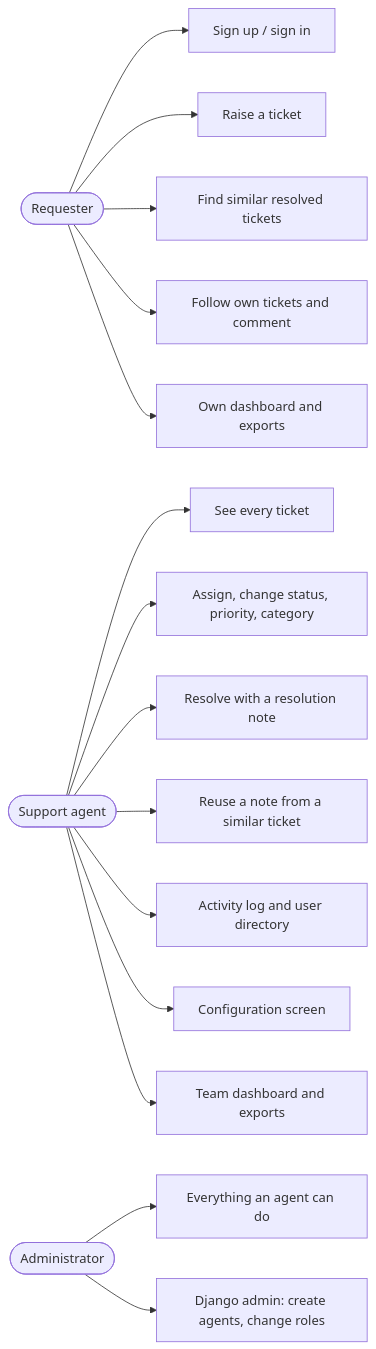
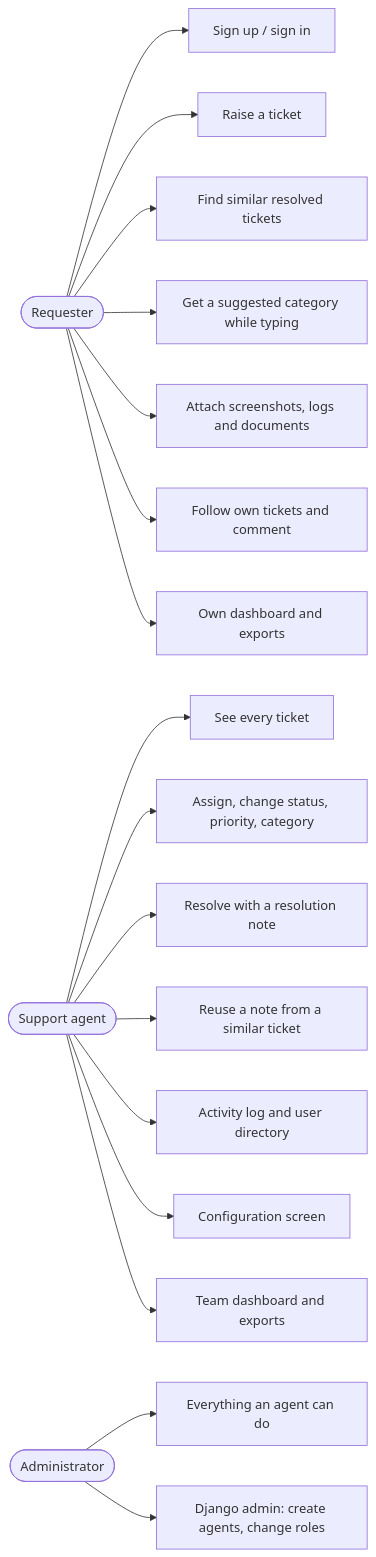
One commit to arunsanjeevms/Smart-Support-Desk changed the first of 13 diagrams in docs/WORKFLOWS.md. Above: the diagram before and after it, drawn with Mermaid. The commit also changed other lines of this file and 6 other files, not shown here.

````diff
--- a/docs/WORKFLOWS.md
+++ b/docs/WORKFLOWS.md
@@ -29,23 +29,25 @@
 ```mermaid
 flowchart LR
     R([Requester])
     A([Support agent])
     AD([Administrator])
 
     R --> R1[Sign up / sign in]
     R --> R2[Raise a ticket]
     R --> R3[Find similar resolved tickets]
+    R --> R6[Get a suggested category while typing]
+    R --> R7[Attach screenshots, logs and documents]
     R --> R4[Follow own tickets and comment]
     R --> R5[Own dashboard and exports]
 
     A --> A1[See every ticket]
     A --> A2[Assign, change status, priority, category]
     A --> A3[Resolve with a resolution note]
     A --> A4[Reuse a note from a similar ticket]
     A --> A5[Activity log and user directory]
     A --> A6[Configuration screen]
     A --> A7[Team dashboard and exports]
 
     AD --> AD1[Everything an agent can do]
     AD --> AD2[Django admin: create agents, change roles]
 ```
````
